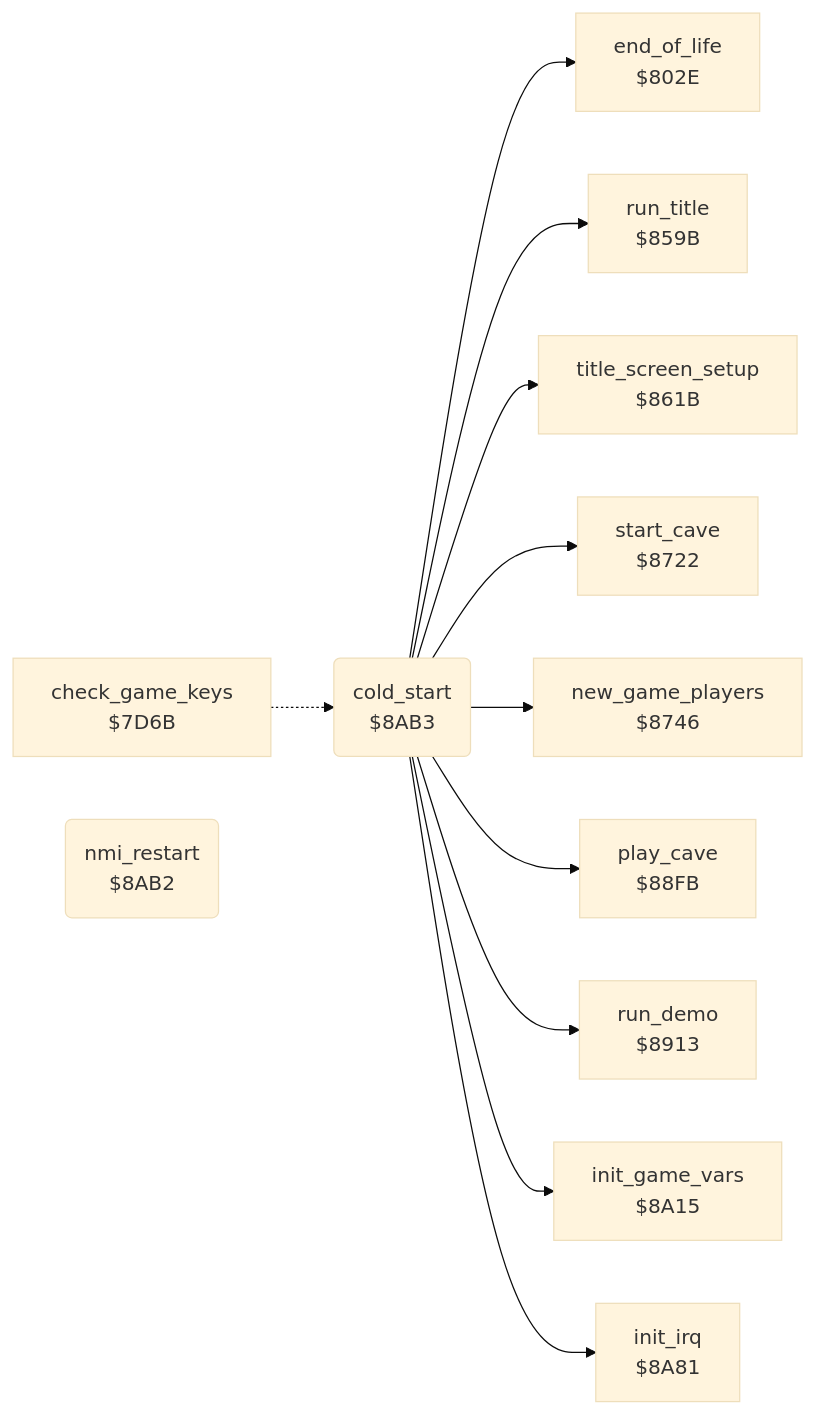
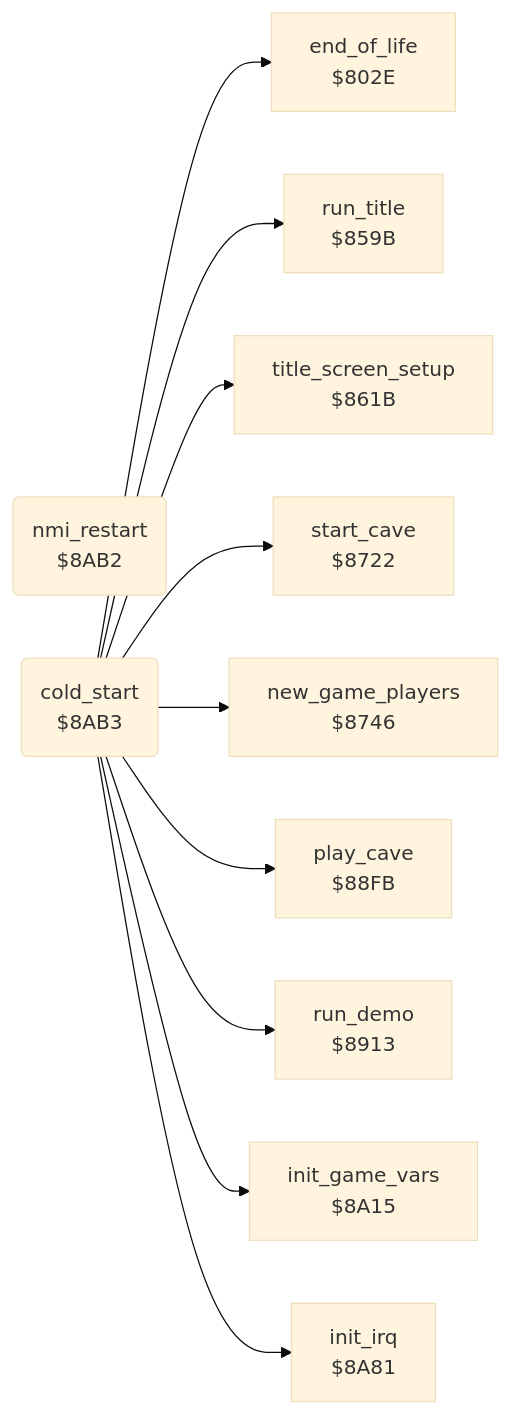
The diagram in boulder_dash/v1/docs/reference/modules/init/cold_start.md (henols/c64_games), drawn with Mermaid (base theme) before and after one commit. The commit also changed other lines of this file and 1100 other files, not shown here.

````diff
--- a/boulder_dash/v1/docs/reference/modules/init/cold_start.md
+++ b/boulder_dash/v1/docs/reference/modules/init/cold_start.md
@@ -10,25 +17,23 @@
 ```mermaid
 flowchart LR
-  n7d6b["check_game_keys<br/>$7D6B"]
   n802e["end_of_life<br/>$802E"]
   n859b["run_title<br/>$859B"]
   n861b["title_screen_setup<br/>$861B"]
   n8722["start_cave<br/>$8722"]
   n8746["new_game_players<br/>$8746"]
   n88fb["play_cave<br/>$88FB"]
   n8913["run_demo<br/>$8913"]
   n8a15["init_game_vars<br/>$8A15"]
   n8a81["init_irq<br/>$8A81"]
   n8ab2("nmi_restart<br/>$8AB2")
   n8ab3("cold_start<br/>$8AB3")
-  n7d6b -.-> n8ab3
   n8ab3 --> n802e
   n8ab3 --> n859b
   n8ab3 --> n861b
   n8ab3 --> n8722
   n8ab3 --> n8746
   n8ab3 --> n88fb
   n8ab3 --> n8913
   n8ab3 --> n8a15
   n8ab3 --> n8a81
 ```
````
